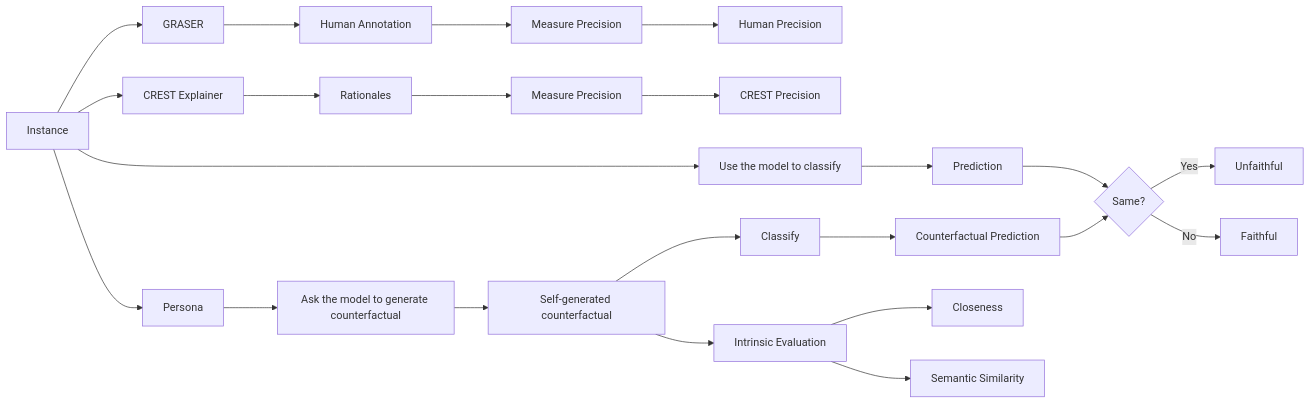
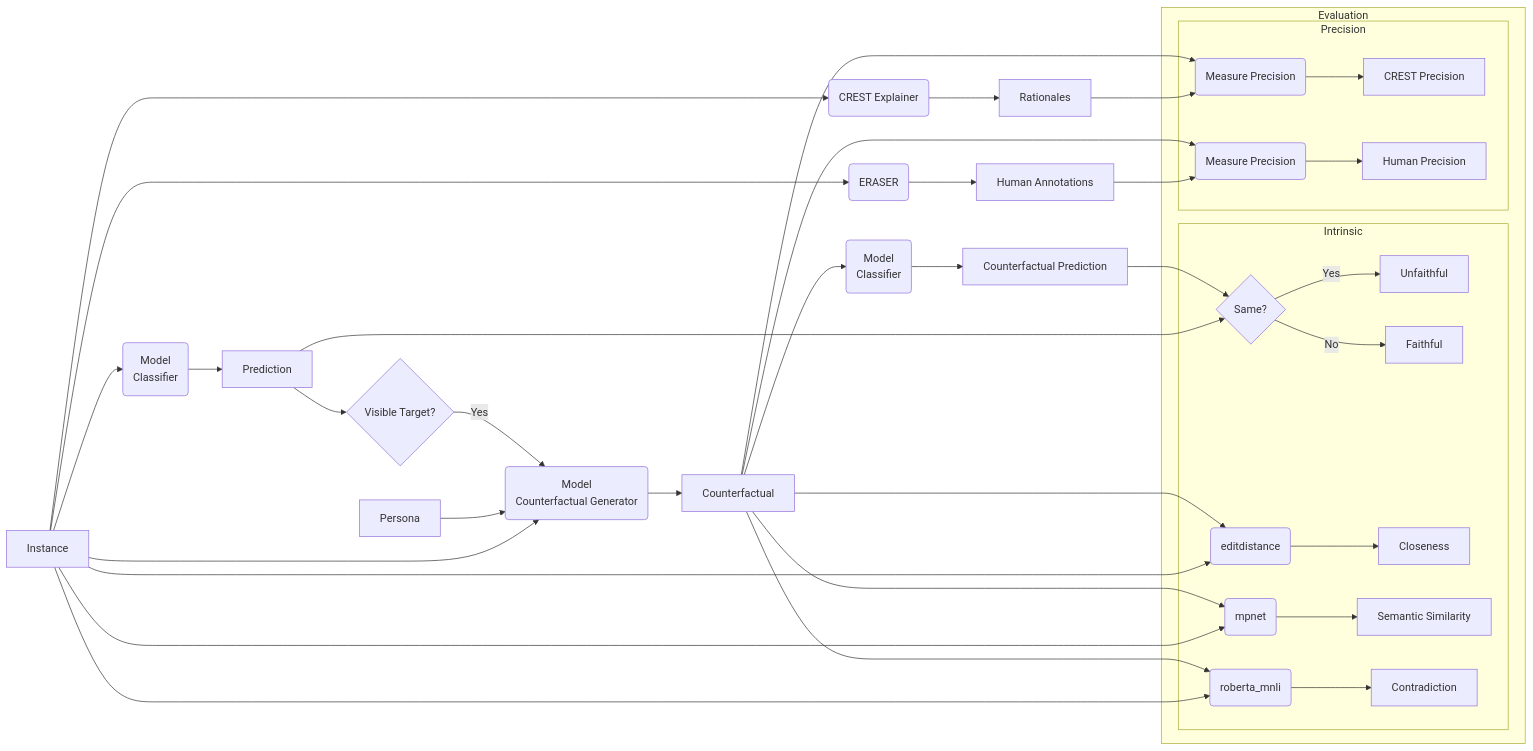
The diagram in README.md (gianniskalyvas/llm-posthoc-explainability), drawn with Mermaid before and after one commit. The commit also changed other lines of this file, not shown here.

Commit message:
readme graph

````diff
--- a/README.md
+++ b/README.md
@@ -40,38 +41,62 @@
 ```mermaid
 flowchart LR
     A[Instance]
 
     %% Left branch: Explanations
-    A --> B[GRASER]
-    B --> C[Human Annotation]
-    C --> D[Measure Precision]
-    D --> E[Human Precision]
+    A --> B(ERASER)
+    B --> C[Human Annotations]
 
-    A --> F[CREST Explainer]
+
+    A --> F(CREST Explainer)
     F --> G[Rationales]
-    G --> H[Measure Precision]
-    H --> I[CREST Precision]
+
 
     %% Middle: Prediction
-    A --> J[Use the model to classify]
+    A --> J(Model<br/>Classifier)
     J --> K[Prediction]
 
     %% Right branch: Counterfactuals
-    A --> L[Persona]
-    L --> M[Ask the model to generate counterfactual]
-    M --> N[Self-generated counterfactual]
-    N --> O[Classify]
+    L[Persona]
+    A --> M(Model<br/>Counterfactual Generator)
+    L --> M
+    K --> W{Visible Target?}
+    W --> |Yes|M
+
+    M --> N[Counterfactual]
+    N --> O(Model<br/>Classifier)
     O --> P[Counterfactual Prediction]
 
     %% Evaluation logic
     K --> Q{Same?}
     P --> Q
+    
+    A --> T(editdistance)
+    N --> T
+    A --> IA(mpnet)
+    N --> IA
+    A --> IC(roberta_mnli)
+    N --> IC
 
-    Q -->|Yes| R[Unfaithful]
-    Q -->|No| S[Faithful]
+    G --> H(Measure Precision)
+    N --> H
+    C --> D(Measure Precision)
+    N --> D
 
-    %% Intrinsic evaluation
-    N --> T[Intrinsic Evaluation]
-    T --> U[Closeness]
-    T --> V[Semantic Similarity]
+    subgraph IB[Evaluation]
+
+      subgraph IE[Intrinsic]
+          Q -->|Yes| R[Unfaithful]
+          Q -->|No| S[Faithful]
+          T --> U[Closeness]
+          IA --> V[Semantic Similarity]
+          IC --> ID[Contradiction]
+      end
+
+      subgraph IF[Precision]
+        H --> I[CREST Precision]
+        D --> E[Human Precision]
+      end
+
+    end
+
 ```
````
